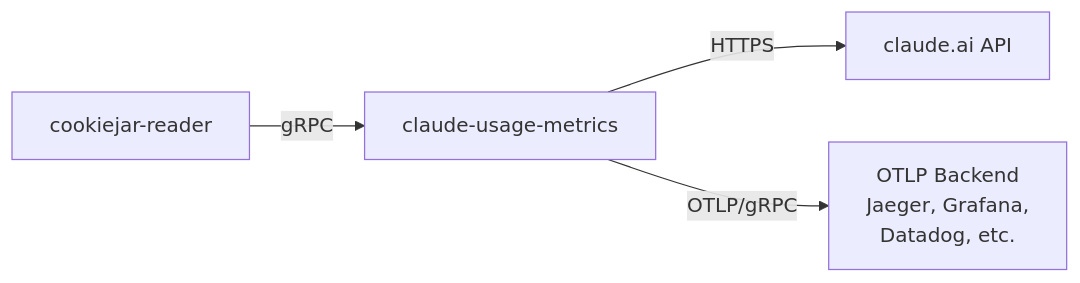
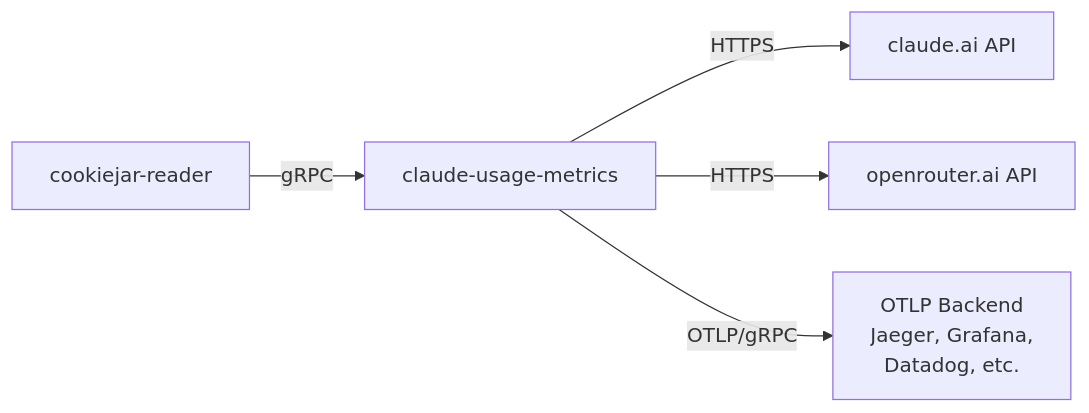
The diagram in README.md (takumi3488/claude-usage-metrics), drawn with Mermaid before and after one commit. The commit also changed other lines of this file and 1 other file, not shown here.

````diff
--- a/README.md
+++ b/README.md
@@ -11,6 +11,7 @@
 ```mermaid
 flowchart LR
     A[cookiejar-reader] -->|gRPC| B[claude-usage-metrics]
     B -->|HTTPS| C[claude.ai API]
+    B -->|HTTPS| E[openrouter.ai API]
     B -->|OTLP/gRPC| D[OTLP Backend<br/>Jaeger, Grafana,<br/>Datadog, etc.]
 ```
````
